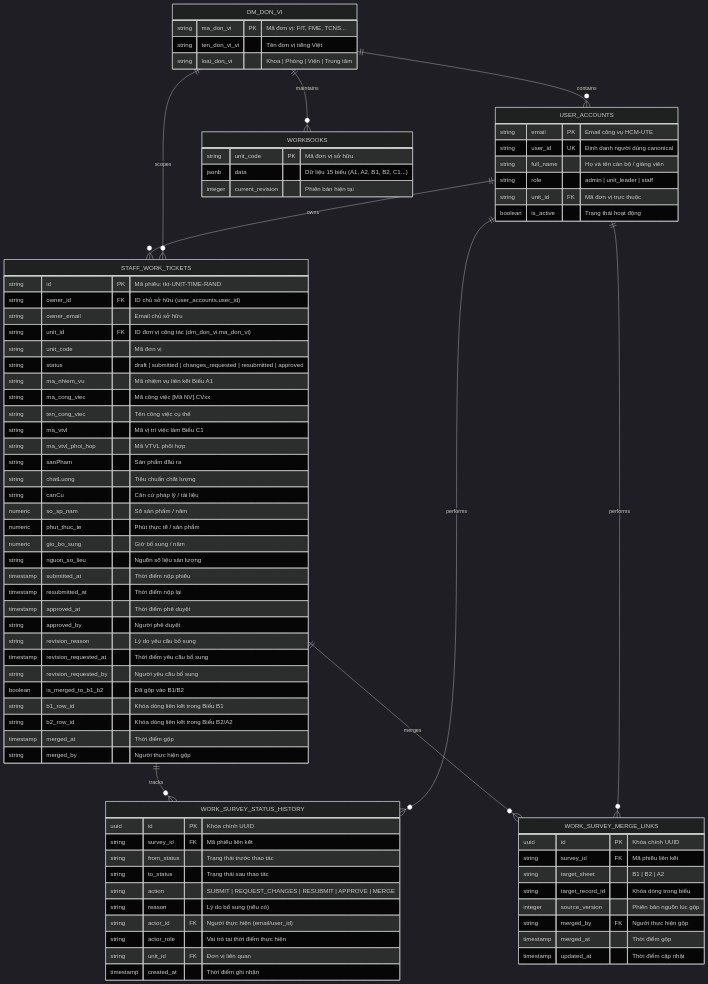
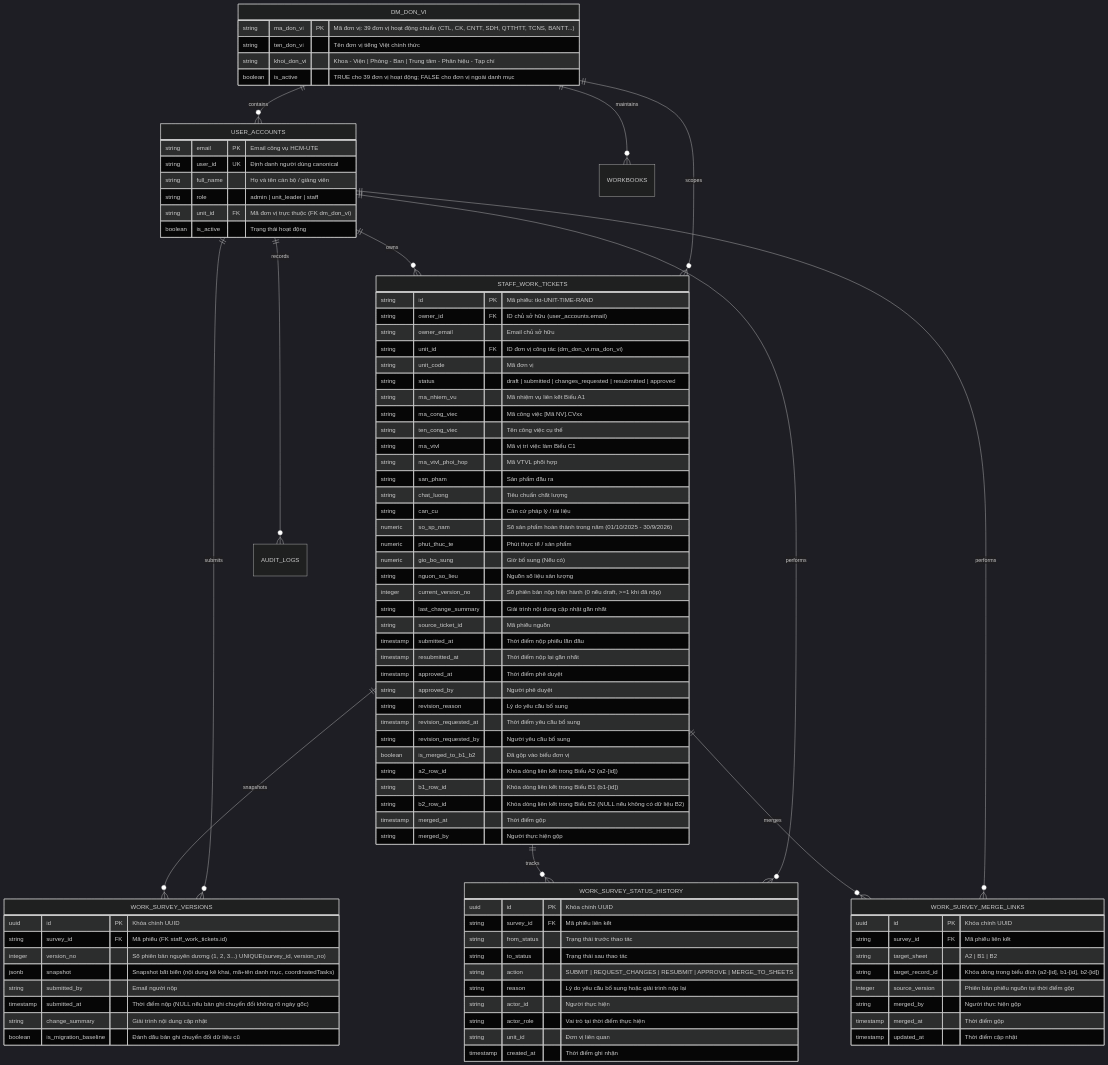
Before and after one commit to hoavm73/vtvl2026: the diagram in docs/database/work-survey-approval-erd.md, drawn with Mermaid (dark theme). The commit also changed other lines of this file and 63 other files, not shown here.

Commit message:
feat(vtvl): cap nhat 39 don vi, lich su phien ban phieu v1-v3, diff tung truong, khoa dong thoi va hien thi day du nhiem vu dropdown

````diff
--- a/docs/database/work-survey-approval-erd.md
+++ b/docs/database/work-survey-approval-erd.md
@@ -14,15 +14,19 @@
     USER_ACCOUNTS ||--o{ STAFF_WORK_TICKETS : "owns"
     DM_DON_VI ||--o{ STAFF_WORK_TICKETS : "scopes"
     DM_DON_VI ||--o{ WORKBOOKS : "maintains"
+    STAFF_WORK_TICKETS ||--o{ WORK_SURVEY_VERSIONS : "snapshots"
     STAFF_WORK_TICKETS ||--o{ WORK_SURVEY_STATUS_HISTORY : "tracks"
     STAFF_WORK_TICKETS ||--o{ WORK_SURVEY_MERGE_LINKS : "merges"
+    USER_ACCOUNTS ||--o{ WORK_SURVEY_VERSIONS : "submits"
     USER_ACCOUNTS ||--o{ WORK_SURVEY_STATUS_HISTORY : "performs"
     USER_ACCOUNTS ||--o{ WORK_SURVEY_MERGE_LINKS : "performs"
+    USER_ACCOUNTS ||--o{ AUDIT_LOGS : "records"
 
     DM_DON_VI {
-        string ma_don_vi PK "Mã đơn vị: FIT, FME, TCNS..."
-        string ten_don_vi_vi "Tên đơn vị tiếng Việt"
-        string loai_don_vi "Khoa | Phòng | Viện | Trung tâm"
+        string ma_don_vi PK "Mã đơn vị: 39 đơn vị hoạt động chuẩn (CTL, CK, CNTT, SDH, QTTHTT, TCNS, BANTT...)"
+        string ten_don_vi "Tên đơn vị tiếng Việt chính thức"
+        string khoi_don_vi "Khoa - Viện | Phòng - Ban | Trung tâm - Phân hiệu - Tạp chí"
+        boolean is_active "TRUE cho 39 đơn vị hoạt động; FALSE cho đơn vị ngoài danh mục"
     }
 
     USER_ACCOUNTS {
@@ -30,13 +34,13 @@
         string user_id UK "Định danh người dùng canonical"
         string full_name "Họ và tên cán bộ / giảng viên"
         string role "admin | unit_leader | staff"
-        string unit_id FK "Mã đơn vị trực thuộc"
+        string unit_id FK "Mã đơn vị trực thuộc (FK dm_don_vi)"
         boolean is_active "Trạng thái hoạt động"
     }
 
     STAFF_WORK_TICKETS {
         string id PK "Mã phiếu: tkt-UNIT-TIME-RAND"
-        string owner_id FK "ID chủ sở hữu (user_accounts.user_id)"
+        string owner_id FK "ID chủ sở hữu (user_accounts.email)"
         string owner_email "Email chủ sở hữu"
         string unit_id FK "ID đơn vị công tác (dm_don_vi.ma_don_vi)"
         string unit_code "Mã đơn vị"
@@ -46,25 +50,40 @@
         string ten_cong_viec "Tên công việc cụ thể"
         string ma_vtvl "Mã vị trí việc làm Biểu C1"
         string ma_vtvl_phoi_hop "Mã VTVL phối hợp"
-        string sanPham "Sản phẩm đầu ra"
-        string chatLuong "Tiêu chuẩn chất lượng"
-        string canCu "Căn cứ pháp lý / tài liệu"
-        numeric so_sp_nam "Số sản phẩm / năm"
+        string san_pham "Sản phẩm đầu ra"
+        string chat_luong "Tiêu chuẩn chất lượng"
+        string can_cu "Căn cứ pháp lý / tài liệu"
+        numeric so_sp_nam "Số sản phẩm hoàn thành trong năm (01/10/2025 - 30/9/2026)"
         numeric phut_thuc_te "Phút thực tế / sản phẩm"
-        numeric gio_bo_sung "Giờ bổ sung / năm"
+        numeric gio_bo_sung "Giờ bổ sung (Nếu có)"
         string nguon_so_lieu "Nguồn số liệu sản lượng"
-        timestamp submitted_at "Thời điểm nộp phiếu"
-        timestamp resubmitted_at "Thời điểm nộp lại"
+        integer current_version_no "Số phiên bản nộp hiện hành (0 nếu draft, >=1 khi đã nộp)"
+        string last_change_summary "Giải trình nội dung cập nhật gần nhất"
+        string source_ticket_id "Mã phiếu nguồn"
+        timestamp submitted_at "Thời điểm nộp phiếu lần đầu"
+        timestamp resubmitted_at "Thời điểm nộp lại gần nhất"
         timestamp approved_at "Thời điểm phê duyệt"
         string approved_by "Người phê duyệt"
         string revision_reason "Lý do yêu cầu bổ sung"
         timestamp revision_requested_at "Thời điểm yêu cầu bổ sung"
         string revision_requested_by "Người yêu cầu bổ sung"
-        boolean is_merged_to_b1_b2 "Đã gộp vào B1/B2"
-        string b1_row_id "Khóa dòng liên kết trong Biểu B1"
-        string b2_row_id "Khóa dòng liên kết trong Biểu B2/A2"
+        boolean is_merged_to_b1_b2 "Đã gộp vào biểu đơn vị"
+        string a2_row_id "Khóa dòng liên kết trong Biểu A2 (a2-[id])"
+        string b1_row_id "Khóa dòng liên kết trong Biểu B1 (b1-[id])"
+        string b2_row_id "Khóa dòng liên kết trong Biểu B2 (NULL nếu không có dữ liệu B2)"
         timestamp merged_at "Thời điểm gộp"
         string merged_by "Người thực hiện gộp"
+    }
+
+    WORK_SURVEY_VERSIONS {
+        uuid id PK "Khóa chính UUID"
+        string survey_id FK "Mã phiếu (FK staff_work_tickets.id)"
+        integer version_no "Số phiên bản nguyên dương (1, 2, 3...) UNIQUE(survey_id, version_no)"
+        jsonb snapshot "Snapshot bất biến (nội dung kê khai, mã+tên danh mục, coordinatedTasks)"
+        string submitted_by "Email người nộp"
+        timestamp submitted_at "Thời điểm nộp (NULL nếu bản ghi chuyển đổi không rõ ngày gốc)"
+        string change_summary "Giải trình nội dung cập nhật"
+        boolean is_migration_baseline "Đánh dấu bản ghi chuyển đổi dữ liệu cũ"
     }
 
     WORK_SURVEY_STATUS_HISTORY {
@@ -72,28 +91,22 @@
         string survey_id FK "Mã phiếu liên kết"
         string from_status "Trạng thái trước thao tác"
         string to_status "Trạng thái sau thao tác"
-        string action "SUBMIT | REQUEST_CHANGES | RESUBMIT | APPROVE | MERGE"
-        string reason "Lý do bổ sung (nếu có)"
-        string actor_id FK "Người thực hiện (email/user_id)"
+        string action "SUBMIT | REQUEST_CHANGES | RESUBMIT | APPROVE | MERGE_TO_SHEETS"
+        string reason "Lý do yêu cầu bổ sung hoặc giải trình nộp lại"
+        string actor_id "Người thực hiện"
         string actor_role "Vai trò tại thời điểm thực hiện"
-        string unit_id FK "Đơn vị liên quan"
+        string unit_id "Đơn vị liên quan"
         timestamp created_at "Thời điểm ghi nhận"
     }
 
     WORK_SURVEY_MERGE_LINKS {
         uuid id PK "Khóa chính UUID"
         string survey_id FK "Mã phiếu liên kết"
-        string target_sheet "B1 | B2 | A2"
-        string target_record_id "Khóa dòng trong biểu"
-        integer source_version "Phiên bản nguồn lúc gộp"
-        string merged_by FK "Người thực hiện gộp"
+        string target_sheet "A2 | B1 | B2"
+        string target_record_id "Khóa dòng trong biểu đích (a2-[id], b1-[id], b2-[id])"
+        integer source_version "Phiên bản phiếu nguồn tại thời điểm gộp"
+        string merged_by "Người thực hiện gộp"
         timestamp merged_at "Thời điểm gộp"
         timestamp updated_at "Thời điểm cập nhật"
     }
-
-    WORKBOOKS {
-        string unit_code PK "Mã đơn vị sở hữu"
-        jsonb data "Dữ liệu 15 biểu (A1, A2, B1, B2, C1...)"
-        integer current_revision "Phiên bản hiện tại"
-    }
 ```
````
